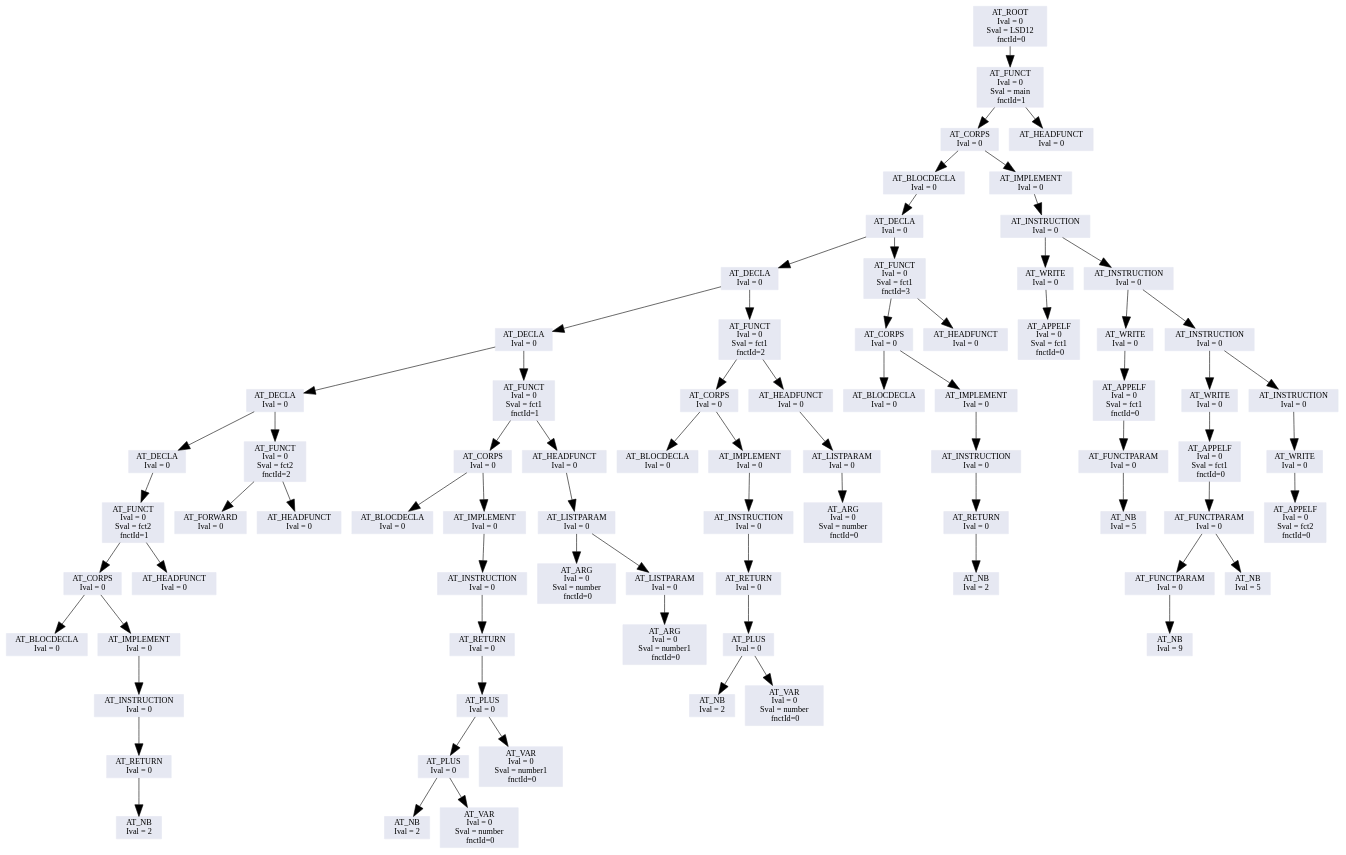
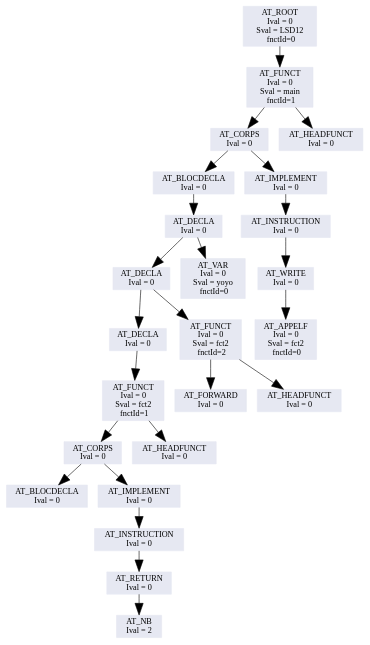
Before and after one commit to w0lf3011/13-lsd12: the diagram in lsd12/code/ArbreGraph.dot, drawn with Graphviz. The commit also changed 9 other files, not shown here.

```diff
--- a/lsd12/code/ArbreGraph.dot
+++ b/lsd12/code/ArbreGraph.dot
@@ -1,161 +1,57 @@
 //dot -Tjpg -oArbreGraph.jpg ArbreGraph.dot
 digraph LSD12{
 	bgcolor=white
 	node [color="#9DACBF", fontcolor="#000000", style=filled];
 	edge [arrowsize=2, color="#000000"];
 
 // A remplacer avec ce qu'il y a entre ";*** BEGIN printTreeGraphViz(..) +locations ***" et ";*** END printTreeGraphViz(..) +locations ***"
-"0x8d8cd20";
-"0x8d8cd20"[shape=box, color="#e6e8f2", fontcolor="#000000",label="AT_ROOT \n Ival = 0\n Sval = LSD12 \n  fnctId=0 "];
-"0x8d8cd20" -> "0x8d8ccf8";
-"0x8d8ccf8"[shape=box, color="#e6e8f2", fontcolor="#000000",label="AT_FUNCT \n Ival = 0\n Sval = main \n  fnctId=1 "];
-"0x8d8ccf8" -> "0x8d8ccd0";
-"0x8d8ccf8" -> "0x8d8c078";
-"0x8d8ccd0"[shape=box, color="#e6e8f2", fontcolor="#000000",label="AT_CORPS \n Ival = 0"];
-"0x8d8ccd0" -> "0x8d8c970";
-"0x8d8ccd0" -> "0x8d8cca8";
-"0x8d8c970"[shape=box, color="#e6e8f2", fontcolor="#000000",label="AT_BLOCDECLA \n Ival = 0"];
-"0x8d8c970" -> "0x8d8c948";
-"0x8d8c948"[shape=box, color="#e6e8f2", fontcolor="#000000",label="AT_DECLA \n Ival = 0"];
-"0x8d8c948" -> "0x8d8c920";
-"0x8d8c948" -> "0x8d8c1c8";
-"0x8d8c920"[shape=box, color="#e6e8f2", fontcolor="#000000",label="AT_DECLA \n Ival = 0"];
-"0x8d8c920" -> "0x8d8c8f8";
-"0x8d8c920" -> "0x8d8c3d8";
-"0x8d8c8f8"[shape=box, color="#e6e8f2", fontcolor="#000000",label="AT_DECLA \n Ival = 0"];
-"0x8d8c8f8" -> "0x8d8c8d0";
-"0x8d8c8f8" -> "0x8d8c6a8";
-"0x8d8c8d0"[shape=box, color="#e6e8f2", fontcolor="#000000",label="AT_DECLA \n Ival = 0"];
-"0x8d8c8d0" -> "0x8d8c8a8";
-"0x8d8c8d0" -> "0x8d8c730";
-"0x8d8c8a8"[shape=box, color="#e6e8f2", fontcolor="#000000",label="AT_DECLA \n Ival = 0"];
-"0x8d8c8a8" -> "0x8d8c880";
-"0x8d8c880"[shape=box, color="#e6e8f2", fontcolor="#000000",label="AT_FUNCT \n Ival = 0\n Sval = fct2 \n  fnctId=1 "];
-"0x8d8c880" -> "0x8d8c858";
-"0x8d8c880" -> "0x8d8c768";
-"0x8d8c858"[shape=box, color="#e6e8f2", fontcolor="#000000",label="AT_CORPS \n Ival = 0"];
-"0x8d8c858" -> "0x8d8c790";
-"0x8d8c858" -> "0x8d8c830";
-"0x8d8c790"[shape=box, color="#e6e8f2", fontcolor="#000000",label="AT_BLOCDECLA \n Ival = 0"];
-"0x8d8c830"[shape=box, color="#e6e8f2", fontcolor="#000000",label="AT_IMPLEMENT \n Ival = 0"];
-"0x8d8c830" -> "0x8d8c808";
-"0x8d8c808"[shape=box, color="#e6e8f2", fontcolor="#000000",label="AT_INSTRUCTION \n Ival = 0"];
-"0x8d8c808" -> "0x8d8c7e0";
-"0x8d8c7e0"[shape=box, color="#e6e8f2", fontcolor="#000000",label="AT_RETURN \n Ival = 0"];
-"0x8d8c7e0" -> "0x8d8c7b8";
-"0x8d8c7b8"[shape=box, color="#e6e8f2", fontcolor="#000000",label="AT_NB \n Ival = 2"];
-"0x8d8c768"[shape=box, color="#e6e8f2", fontcolor="#000000",label="AT_HEADFUNCT \n Ival = 0"];
-"0x8d8c730"[shape=box, color="#e6e8f2", fontcolor="#000000",label="AT_FUNCT \n Ival = 0\n Sval = fct2 \n  fnctId=2 "];
-"0x8d8c730" -> "0x8d8c708";
-"0x8d8c730" -> "0x8d8c6e0";
-"0x8d8c708"[shape=box, color="#e6e8f2", fontcolor="#000000",label="AT_FORWARD \n Ival = 0"];
-"0x8d8c6e0"[shape=box, color="#e6e8f2", fontcolor="#000000",label="AT_HEADFUNCT \n Ival = 0"];
-"0x8d8c6a8"[shape=box, color="#e6e8f2", fontcolor="#000000",label="AT_FUNCT \n Ival = 0\n Sval = fct1 \n  fnctId=1 "];
-"0x8d8c6a8" -> "0x8d8c680";
-"0x8d8c6a8" -> "0x8d8c4d0";
-"0x8d8c680"[shape=box, color="#e6e8f2", fontcolor="#000000",label="AT_CORPS \n Ival = 0"];
-"0x8d8c680" -> "0x8d8c4f8";
-"0x8d8c680" -> "0x8d8c658";
-"0x8d8c4f8"[shape=box, color="#e6e8f2", fontcolor="#000000",label="AT_BLOCDECLA \n Ival = 0"];
-"0x8d8c658"[shape=box, color="#e6e8f2", fontcolor="#000000",label="AT_IMPLEMENT \n Ival = 0"];
-"0x8d8c658" -> "0x8d8c630";
-"0x8d8c630"[shape=box, color="#e6e8f2", fontcolor="#000000",label="AT_INSTRUCTION \n Ival = 0"];
-"0x8d8c630" -> "0x8d8c608";
-"0x8d8c608"[shape=box, color="#e6e8f2", fontcolor="#000000",label="AT_RETURN \n Ival = 0"];
-"0x8d8c608" -> "0x8d8c5e0";
-"0x8d8c5e0"[shape=box, color="#e6e8f2", fontcolor="#000000",label="AT_PLUS \n Ival = 0"];
-"0x8d8c5e0" -> "0x8d8c580";
-"0x8d8c5e0" -> "0x8d8c5b8";
-"0x8d8c580"[shape=box, color="#e6e8f2", fontcolor="#000000",label="AT_PLUS \n Ival = 0"];
-"0x8d8c580" -> "0x8d8c520";
-"0x8d8c580" -> "0x8d8c558";
-"0x8d8c520"[shape=box, color="#e6e8f2", fontcolor="#000000",label="AT_NB \n Ival = 2"];
-"0x8d8c558"[shape=box, color="#e6e8f2", fontcolor="#000000",label="AT_VAR \n Ival = 0\n Sval = number \n  fnctId=0 "];
-"0x8d8c5b8"[shape=box, color="#e6e8f2", fontcolor="#000000",label="AT_VAR \n Ival = 0\n Sval = number1 \n  fnctId=0 "];
-"0x8d8c4d0"[shape=box, color="#e6e8f2", fontcolor="#000000",label="AT_HEADFUNCT \n Ival = 0"];
-"0x8d8c4d0" -> "0x8d8c4a8";
-"0x8d8c4a8"[shape=box, color="#e6e8f2", fontcolor="#000000",label="AT_LISTPARAM \n Ival = 0"];
-"0x8d8c4a8" -> "0x8d8c420";
-"0x8d8c4a8" -> "0x8d8c480";
-"0x8d8c420"[shape=box, color="#e6e8f2", fontcolor="#000000",label="AT_ARG \n Ival = 0\n Sval = number \n  fnctId=0 "];
-"0x8d8c480"[shape=box, color="#e6e8f2", fontcolor="#000000",label="AT_LISTPARAM \n Ival = 0"];
-"0x8d8c480" -> "0x8d8c458";
-"0x8d8c458"[shape=box, color="#e6e8f2", fontcolor="#000000",label="AT_ARG \n Ival = 0\n Sval = number1 \n  fnctId=0 "];
-"0x8d8c3d8"[shape=box, color="#e6e8f2", fontcolor="#000000",label="AT_FUNCT \n Ival = 0\n Sval = fct1 \n  fnctId=2 "];
-"0x8d8c3d8" -> "0x8d8c3b0";
-"0x8d8c3d8" -> "0x8d8c260";
-"0x8d8c3b0"[shape=box, color="#e6e8f2", fontcolor="#000000",label="AT_CORPS \n Ival = 0"];
-"0x8d8c3b0" -> "0x8d8c288";
-"0x8d8c3b0" -> "0x8d8c388";
-"0x8d8c288"[shape=box, color="#e6e8f2", fontcolor="#000000",label="AT_BLOCDECLA \n Ival = 0"];
-"0x8d8c388"[shape=box, color="#e6e8f2", fontcolor="#000000",label="AT_IMPLEMENT \n Ival = 0"];
-"0x8d8c388" -> "0x8d8c360";
-"0x8d8c360"[shape=box, color="#e6e8f2", fontcolor="#000000",label="AT_INSTRUCTION \n Ival = 0"];
-"0x8d8c360" -> "0x8d8c338";
-"0x8d8c338"[shape=box, color="#e6e8f2", fontcolor="#000000",label="AT_RETURN \n Ival = 0"];
-"0x8d8c338" -> "0x8d8c310";
-"0x8d8c310"[shape=box, color="#e6e8f2", fontcolor="#000000",label="AT_PLUS \n Ival = 0"];
-"0x8d8c310" -> "0x8d8c2b0";
-"0x8d8c310" -> "0x8d8c2e8";
-"0x8d8c2b0"[shape=box, color="#e6e8f2", fontcolor="#000000",label="AT_NB \n Ival = 2"];
-"0x8d8c2e8"[shape=box, color="#e6e8f2", fontcolor="#000000",label="AT_VAR \n Ival = 0\n Sval = number \n  fnctId=0 "];
-"0x8d8c260"[shape=box, color="#e6e8f2", fontcolor="#000000",label="AT_HEADFUNCT \n Ival = 0"];
-"0x8d8c260" -> "0x8d8c238";
-"0x8d8c238"[shape=box, color="#e6e8f2", fontcolor="#000000",label="AT_LISTPARAM \n Ival = 0"];
-"0x8d8c238" -> "0x8d8c210";
-"0x8d8c210"[shape=box, color="#e6e8f2", fontcolor="#000000",label="AT_ARG \n Ival = 0\n Sval = number \n  fnctId=0 "];
-"0x8d8c1c8"[shape=box, color="#e6e8f2", fontcolor="#000000",label="AT_FUNCT \n Ival = 0\n Sval = fct1 \n  fnctId=3 "];
-"0x8d8c1c8" -> "0x8d8c1a0";
-"0x8d8c1c8" -> "0x8d8c0b0";
-"0x8d8c1a0"[shape=box, color="#e6e8f2", fontcolor="#000000",label="AT_CORPS \n Ival = 0"];
-"0x8d8c1a0" -> "0x8d8c0d8";
-"0x8d8c1a0" -> "0x8d8c178";
-"0x8d8c0d8"[shape=box, color="#e6e8f2", fontcolor="#000000",label="AT_BLOCDECLA \n Ival = 0"];
-"0x8d8c178"[shape=box, color="#e6e8f2", fontcolor="#000000",label="AT_IMPLEMENT \n Ival = 0"];
-"0x8d8c178" -> "0x8d8c150";
-"0x8d8c150"[shape=box, color="#e6e8f2", fontcolor="#000000",label="AT_INSTRUCTION \n Ival = 0"];
-"0x8d8c150" -> "0x8d8c128";
-"0x8d8c128"[shape=box, color="#e6e8f2", fontcolor="#000000",label="AT_RETURN \n Ival = 0"];
-"0x8d8c128" -> "0x8d8c100";
-"0x8d8c100"[shape=box, color="#e6e8f2", fontcolor="#000000",label="AT_NB \n Ival = 2"];
-"0x8d8c0b0"[shape=box, color="#e6e8f2", fontcolor="#000000",label="AT_HEADFUNCT \n Ival = 0"];
-"0x8d8cca8"[shape=box, color="#e6e8f2", fontcolor="#000000",label="AT_IMPLEMENT \n Ival = 0"];
-"0x8d8cca8" -> "0x8d8cc80";
-"0x8d8cc80"[shape=box, color="#e6e8f2", fontcolor="#000000",label="AT_INSTRUCTION \n Ival = 0"];
-"0x8d8cc80" -> "0x8d8c9d0";
-"0x8d8cc80" -> "0x8d8cc58";
-"0x8d8c9d0"[shape=box, color="#e6e8f2", fontcolor="#000000",label="AT_WRITE \n Ival = 0"];
-"0x8d8c9d0" -> "0x8d8c9a8";
-"0x8d8c9a8"[shape=box, color="#e6e8f2", fontcolor="#000000",label="AT_APPELF \n Ival = 0\n Sval = fct1 \n  fnctId=0 "];
-"0x8d8cc58"[shape=box, color="#e6e8f2", fontcolor="#000000",label="AT_INSTRUCTION \n Ival = 0"];
-"0x8d8cc58" -> "0x8d8ca80";
-"0x8d8cc58" -> "0x8d8cc30";
-"0x8d8ca80"[shape=box, color="#e6e8f2", fontcolor="#000000",label="AT_WRITE \n Ival = 0"];
-"0x8d8ca80" -> "0x8d8ca58";
-"0x8d8ca58"[shape=box, color="#e6e8f2", fontcolor="#000000",label="AT_APPELF \n Ival = 0\n Sval = fct1 \n  fnctId=0 "];
-"0x8d8ca58" -> "0x8d8ca30";
-"0x8d8ca30"[shape=box, color="#e6e8f2", fontcolor="#000000",label="AT_FUNCTPARAM \n Ival = 0"];
-"0x8d8ca30" -> "0x8d8ca08";
-"0x8d8ca08"[shape=box, color="#e6e8f2", fontcolor="#000000",label="AT_NB \n Ival = 5"];
-"0x8d8cc30"[shape=box, color="#e6e8f2", fontcolor="#000000",label="AT_INSTRUCTION \n Ival = 0"];
-"0x8d8cc30" -> "0x8d8cb80";
-"0x8d8cc30" -> "0x8d8cc08";
-"0x8d8cb80"[shape=box, color="#e6e8f2", fontcolor="#000000",label="AT_WRITE \n Ival = 0"];
-"0x8d8cb80" -> "0x8d8cb58";
-"0x8d8cb58"[shape=box, color="#e6e8f2", fontcolor="#000000",label="AT_APPELF \n Ival = 0\n Sval = fct1 \n  fnctId=0 "];
-"0x8d8cb58" -> "0x8d8cb30";
-"0x8d8cb30"[shape=box, color="#e6e8f2", fontcolor="#000000",label="AT_FUNCTPARAM \n Ival = 0"];
-"0x8d8cb30" -> "0x8d8cb08";
-"0x8d8cb30" -> "0x8d8cab8";
-"0x8d8cb08"[shape=box, color="#e6e8f2", fontcolor="#000000",label="AT_FUNCTPARAM \n Ival = 0"];
-"0x8d8cb08" -> "0x8d8cae0";
-"0x8d8cae0"[shape=box, color="#e6e8f2", fontcolor="#000000",label="AT_NB \n Ival = 9"];
-"0x8d8cab8"[shape=box, color="#e6e8f2", fontcolor="#000000",label="AT_NB \n Ival = 5"];
-"0x8d8cc08"[shape=box, color="#e6e8f2", fontcolor="#000000",label="AT_INSTRUCTION \n Ival = 0"];
-"0x8d8cc08" -> "0x8d8cbe0";
-"0x8d8cbe0"[shape=box, color="#e6e8f2", fontcolor="#000000",label="AT_WRITE \n Ival = 0"];
-"0x8d8cbe0" -> "0x8d8cbb8";
-"0x8d8cbb8"[shape=box, color="#e6e8f2", fontcolor="#000000",label="AT_APPELF \n Ival = 0\n Sval = fct2 \n  fnctId=0 "];
-"0x8d8c078"[shape=box, color="#e6e8f2", fontcolor="#000000",label="AT_HEADFUNCT \n Ival = 0"];
+"0x8dec450";
+"0x8dec450"[shape=box, color="#e6e8f2", fontcolor="#000000",label="AT_ROOT \n Ival = 0\n Sval = LSD12 \n  fnctId=0 "];
+"0x8dec450" -> "0x8dec428";
+"0x8dec428"[shape=box, color="#e6e8f2", fontcolor="#000000",label="AT_FUNCT \n Ival = 0\n Sval = main \n  fnctId=1 "];
+"0x8dec428" -> "0x8dec400";
+"0x8dec428" -> "0x8dec078";
+"0x8dec400"[shape=box, color="#e6e8f2", fontcolor="#000000",label="AT_CORPS \n Ival = 0"];
+"0x8dec400" -> "0x8dec328";
+"0x8dec400" -> "0x8dec3d8";
+"0x8dec328"[shape=box, color="#e6e8f2", fontcolor="#000000",label="AT_BLOCDECLA \n Ival = 0"];
+"0x8dec328" -> "0x8dec300";
+"0x8dec300"[shape=box, color="#e6e8f2", fontcolor="#000000",label="AT_DECLA \n Ival = 0"];
+"0x8dec300" -> "0x8dec2d8";
+"0x8dec300" -> "0x8dec0b0";
+"0x8dec2d8"[shape=box, color="#e6e8f2", fontcolor="#000000",label="AT_DECLA \n Ival = 0"];
+"0x8dec2d8" -> "0x8dec2b0";
+"0x8dec2d8" -> "0x8dec138";
+"0x8dec2b0"[shape=box, color="#e6e8f2", fontcolor="#000000",label="AT_DECLA \n Ival = 0"];
+"0x8dec2b0" -> "0x8dec288";
+"0x8dec288"[shape=box, color="#e6e8f2", fontcolor="#000000",label="AT_FUNCT \n Ival = 0\n Sval = fct2 \n  fnctId=1 "];
+"0x8dec288" -> "0x8dec260";
+"0x8dec288" -> "0x8dec170";
+"0x8dec260"[shape=box, color="#e6e8f2", fontcolor="#000000",label="AT_CORPS \n Ival = 0"];
+"0x8dec260" -> "0x8dec198";
+"0x8dec260" -> "0x8dec238";
+"0x8dec198"[shape=box, color="#e6e8f2", fontcolor="#000000",label="AT_BLOCDECLA \n Ival = 0"];
+"0x8dec238"[shape=box, color="#e6e8f2", fontcolor="#000000",label="AT_IMPLEMENT \n Ival = 0"];
+"0x8dec238" -> "0x8dec210";
+"0x8dec210"[shape=box, color="#e6e8f2", fontcolor="#000000",label="AT_INSTRUCTION \n Ival = 0"];
+"0x8dec210" -> "0x8dec1e8";
+"0x8dec1e8"[shape=box, color="#e6e8f2", fontcolor="#000000",label="AT_RETURN \n Ival = 0"];
+"0x8dec1e8" -> "0x8dec1c0";
+"0x8dec1c0"[shape=box, color="#e6e8f2", fontcolor="#000000",label="AT_NB \n Ival = 2"];
+"0x8dec170"[shape=box, color="#e6e8f2", fontcolor="#000000",label="AT_HEADFUNCT \n Ival = 0"];
+"0x8dec138"[shape=box, color="#e6e8f2", fontcolor="#000000",label="AT_FUNCT \n Ival = 0\n Sval = fct2 \n  fnctId=2 "];
+"0x8dec138" -> "0x8dec110";
+"0x8dec138" -> "0x8dec0e8";
+"0x8dec110"[shape=box, color="#e6e8f2", fontcolor="#000000",label="AT_FORWARD \n Ival = 0"];
+"0x8dec0e8"[shape=box, color="#e6e8f2", fontcolor="#000000",label="AT_HEADFUNCT \n Ival = 0"];
+"0x8dec0b0"[shape=box, color="#e6e8f2", fontcolor="#000000",label="AT_VAR \n Ival = 0\n Sval = yoyo \n  fnctId=0 "];
+"0x8dec3d8"[shape=box, color="#e6e8f2", fontcolor="#000000",label="AT_IMPLEMENT \n Ival = 0"];
+"0x8dec3d8" -> "0x8dec3b0";
+"0x8dec3b0"[shape=box, color="#e6e8f2", fontcolor="#000000",label="AT_INSTRUCTION \n Ival = 0"];
+"0x8dec3b0" -> "0x8dec388";
+"0x8dec388"[shape=box, color="#e6e8f2", fontcolor="#000000",label="AT_WRITE \n Ival = 0"];
+"0x8dec388" -> "0x8dec360";
+"0x8dec360"[shape=box, color="#e6e8f2", fontcolor="#000000",label="AT_APPELF \n Ival = 0\n Sval = fct2 \n  fnctId=0 "];
+"0x8dec078"[shape=box, color="#e6e8f2", fontcolor="#000000",label="AT_HEADFUNCT \n Ival = 0"];
 
 }
```
